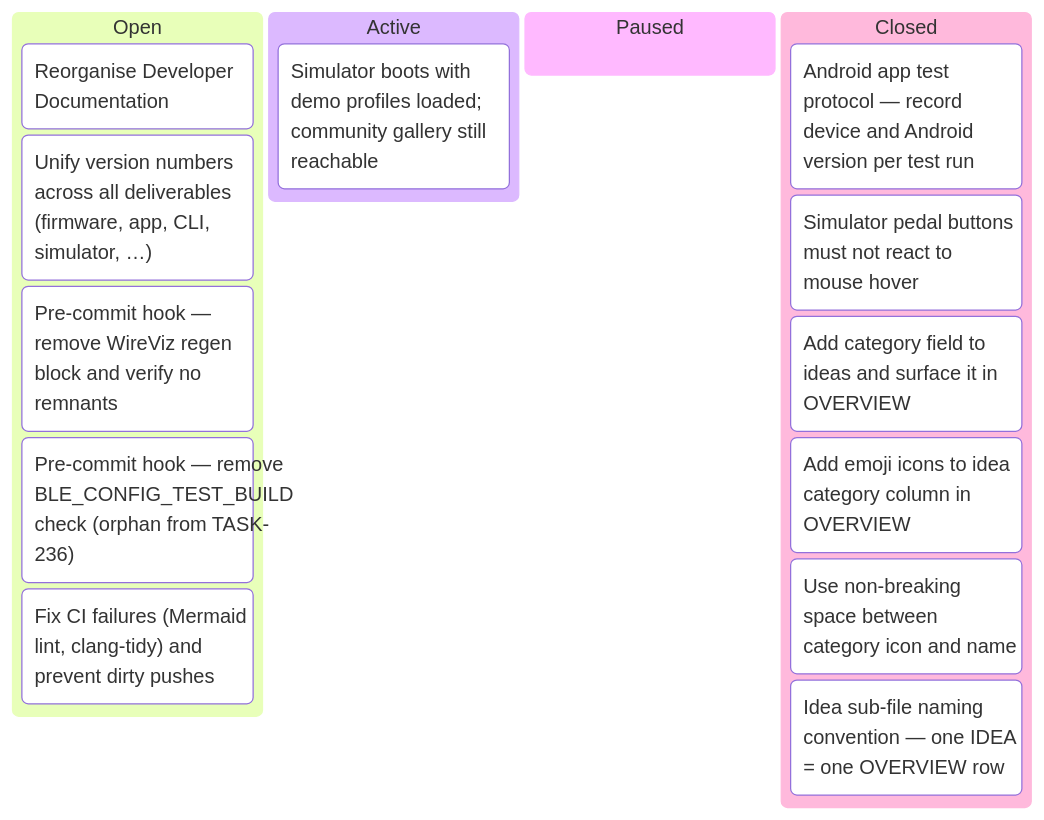
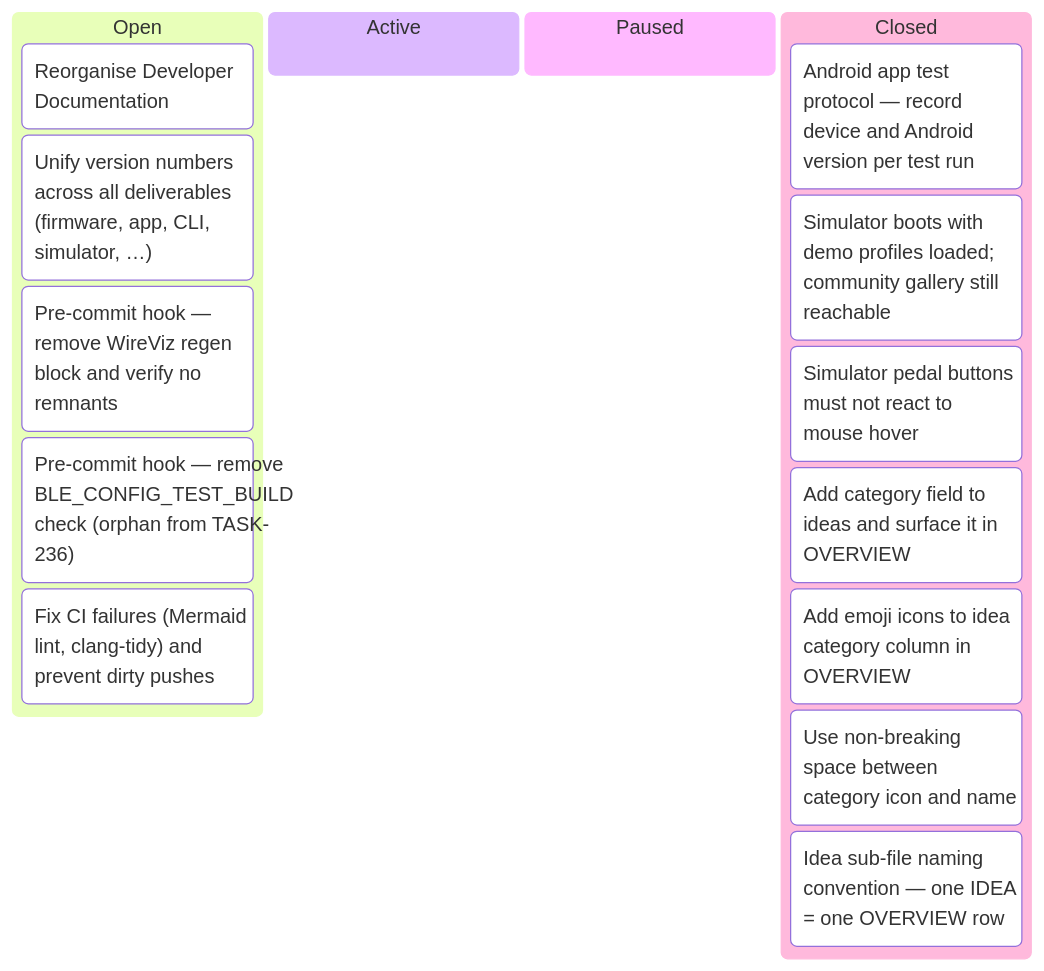
One commit to tgd1975/AwesomeStudioPedal changed the fifth of 5 diagrams in docs/developers/tasks/KANBAN.md. Above: the diagram before and after it, drawn with Mermaid. The commit also changed other lines of this file and 3 other files, not shown here.

Commit message:
close TASK-303: Simulator boots with demo profiles loaded; community gallery still reachable

````diff
--- a/docs/developers/tasks/KANBAN.md
+++ b/docs/developers/tasks/KANBAN.md
@@ -73,19 +73,19 @@
 ```mermaid
 kanban
   Open
     TASK_148["Reorganise Developer Documentation"]
     TASK_260["Unify version numbers across all deliverables (firmware, app, CLI, simulator, …)"]
     TASK_319["Pre-commit hook — remove WireViz regen block and verify no remnants"]
     TASK_320["Pre-commit hook — remove BLE_CONFIG_TEST_BUILD check (orphan from TASK-236)"]
     TASK_321["Fix CI failures (Mermaid lint, clang-tidy) and prevent dirty pushes"]
   Active
-    TASK_303["Simulator boots with demo profiles loaded; community gallery still reachable"]
   Paused
   Closed
     TASK_259["Android app test protocol — record device and Android version per test run"]
+    TASK_303["Simulator boots with demo profiles loaded; community gallery still reachable"]
     TASK_304["Simulator pedal buttons must not react to mouse hover"]
     TASK_305["Add category field to ideas and surface it in OVERVIEW"]
     TASK_313["Add emoji icons to idea category column in OVERVIEW"]
     TASK_314["Use non-breaking space between category icon and name"]
     TASK_315["Idea sub-file naming convention — one IDEA = one OVERVIEW row"]
 ```
````
